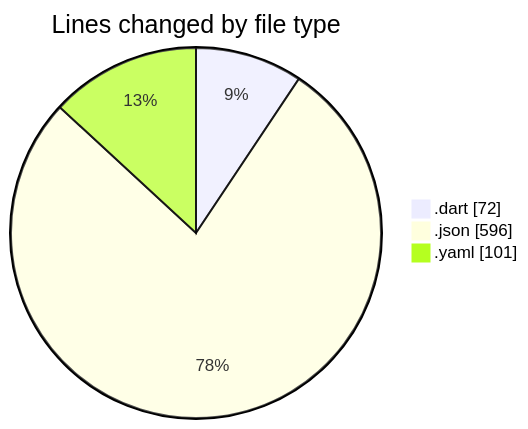
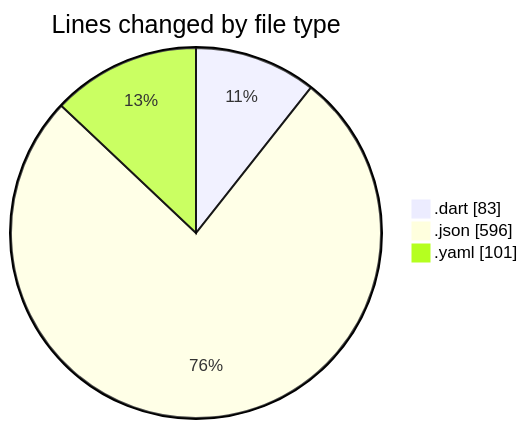
The first of 2 diagrams in 2025-02-21/uber_clone/README.md (donsfak/code-tracking), drawn with Mermaid before and after one commit. The commit also changed other lines of this file and 1 other file, not shown here.

````diff
--- a/2025-02-21/uber_clone/README.md
+++ b/2025-02-21/uber_clone/README.md
@@ -25,7 +25,7 @@
 ```mermaid
 pie showData
 title Lines changed by file type
-".dart" : 72
+".dart" : 83
 ".json" : 596
 ".yaml" : 101
 ```
````
